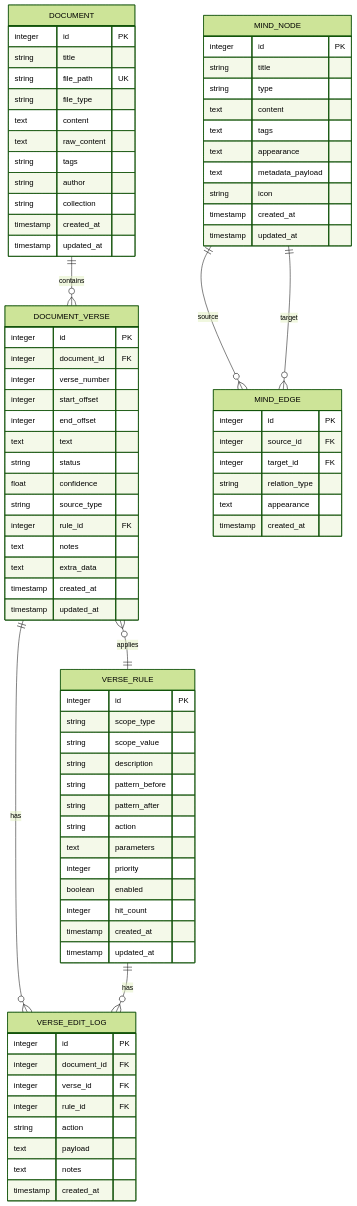
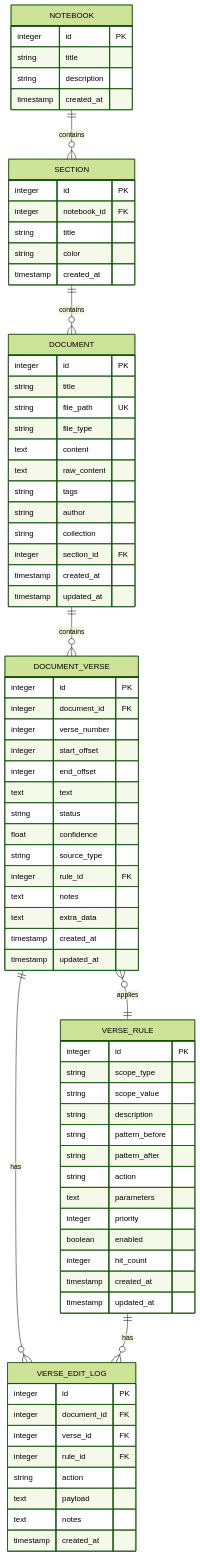
Before and after one commit to TheDaniel166/IsopGem: diagram 14 of 14 in .qoder/repowiki/en/content/Architecture Overview/Pillar-Based Architecture/Document Manager Pillar/Document Manager Pillar.md, drawn with Mermaid (forest theme). The commit also changed other lines of this file and 29 other files, not shown here.

````diff
--- a/.qoder/repowiki/en/content/Architecture Overview/Pillar-Based Architecture/Document Manager Pillar/Document Manager Pillar.md
+++ b/.qoder/repowiki/en/content/Architecture Overview/Pillar-Based Architecture/Document Manager Pillar/Document Manager Pillar.md
@@ -550,6 +604,7 @@
 string tags
 string author
 string collection
+integer section_id FK
 timestamp created_at
 timestamp updated_at
 }
@@ -594,30 +649,23 @@
 text notes
 timestamp created_at
 }
-MIND_NODE {
+NOTEBOOK {
 integer id PK
 string title
-string type
-text content
-text tags
-text appearance
-text metadata_payload
-string icon
+string description
 timestamp created_at
-timestamp updated_at
 }
-MIND_EDGE {
+SECTION {
 integer id PK
-integer source_id FK
-integer target_id FK
-string relation_type
-text appearance
+integer notebook_id FK
+string title
+string color
 timestamp created_at
 }
 DOCUMENT ||--o{ DOCUMENT_VERSE : "contains"
 DOCUMENT_VERSE }o--|| VERSE_RULE : "applies"
 DOCUMENT_VERSE ||--o{ VERSE_EDIT_LOG : "has"
 VERSE_RULE ||--o{ VERSE_EDIT_LOG : "has"
-MIND_NODE ||--o{ MIND_EDGE : "source"
-MIND_NODE ||--o{ MIND_EDGE : "target"
+NOTEBOOK ||--o{ SECTION : "contains"
+SECTION ||--o{ DOCUMENT : "contains"
 ```
````
